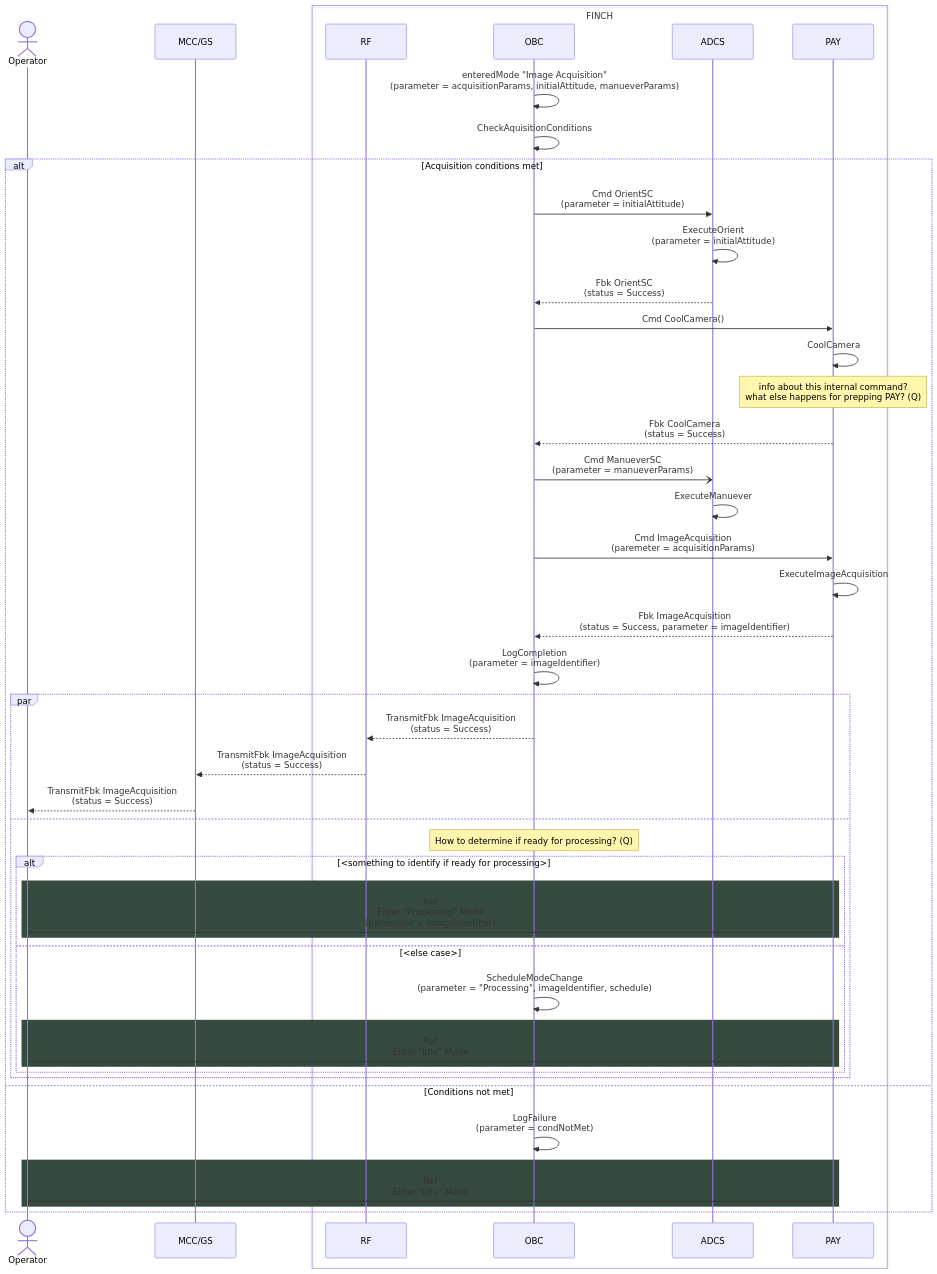
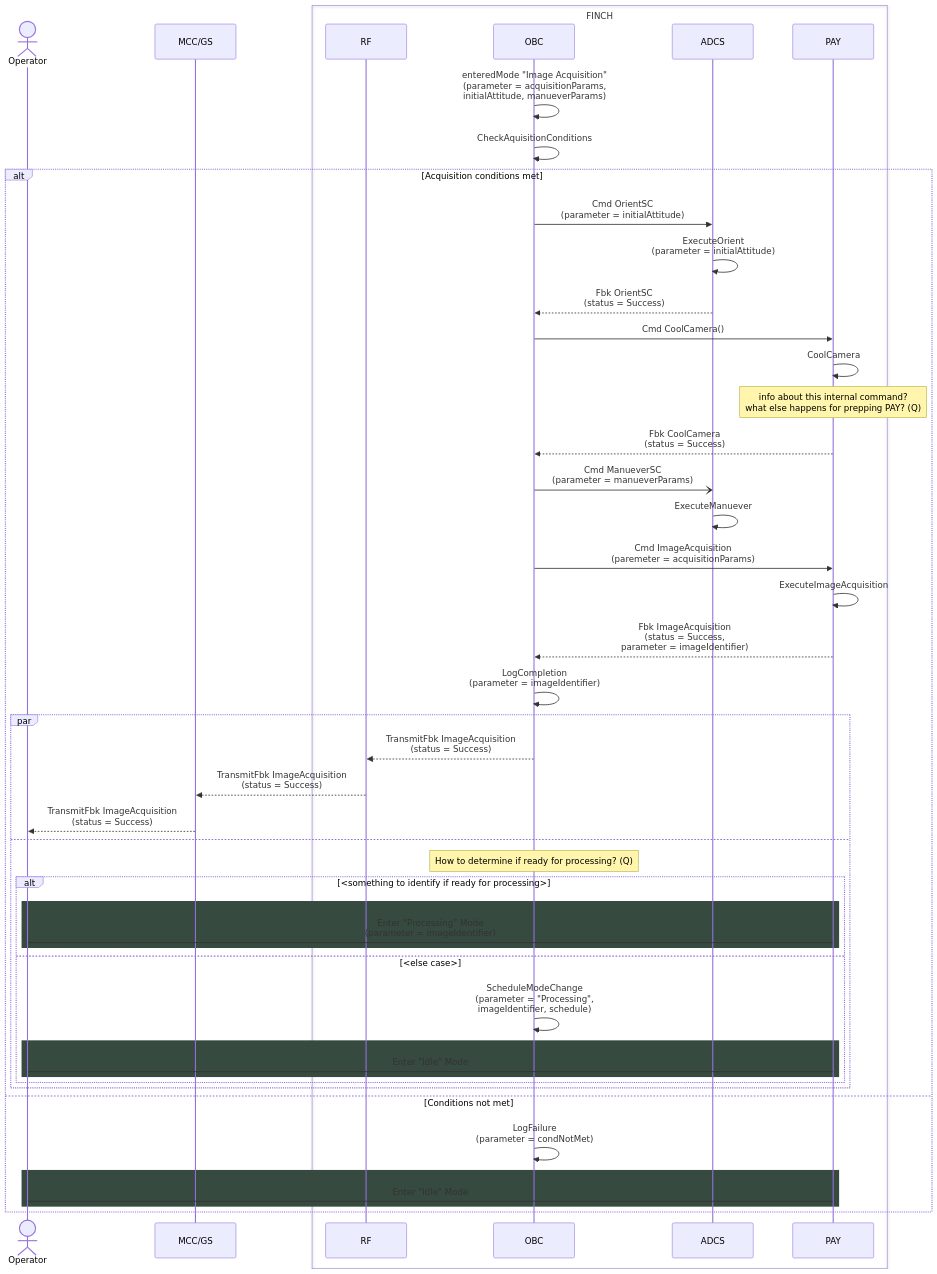
One commit to Addy-lit/FINCH-system-architecture changed the diagram in command sequences/acquisition-command.md. Above: the diagram before and after it, drawn with Mermaid.

````diff
--- a/command sequences/acquisition-command.md
+++ b/command sequences/acquisition-command.md
@@ -2,56 +2,56 @@
 ```mermaid
 sequenceDiagram
     Actor Operator
     participant MCC/GS
     box FINCH
         participant RF
         participant OBC
         participant ADCS
         participant PAY
     end
 
-    OBC ->> OBC: enteredMode "Image Acquisition" <br> (parameter = acquisitionParams, initialAttitude, manueverParams)
+    OBC ->> OBC: enteredMode "Image Acquisition" <br> (parameter = acquisitionParams, <br> initialAttitude, manueverParams)
     OBC ->> OBC: CheckAquisitionConditions
 
     alt Acquisition conditions met
         OBC ->> ADCS: Cmd OrientSC <br> (parameter = initialAttitude)
         ADCS ->> ADCS: ExecuteOrient <br> (parameter = initialAttitude)
         ADCS -->> OBC: Fbk OrientSC <br> (status = Success)
         OBC ->> PAY: Cmd CoolCamera()
         PAY ->> PAY: CoolCamera
         note over PAY: info about this internal command? <br> what else happens for prepping PAY? (Q)
         PAY -->> OBC: Fbk CoolCamera <br> (status = Success)
 
         OBC -) ADCS: Cmd ManueverSC <br> (parameter = manueverParams)
         ADCS ->> ADCS: ExecuteManuever
         OBC ->> PAY: Cmd ImageAcquisition <br> (paremeter = acquisitionParams)
         PAY ->> PAY: ExecuteImageAcquisition
-        PAY -->> OBC: Fbk ImageAcquisition <br> (status = Success, parameter = imageIdentifier)
+        PAY -->> OBC: Fbk ImageAcquisition <br> (status = Success, <br> parameter = imageIdentifier)
         OBC ->> OBC: LogCompletion <br> (parameter = imageIdentifier)
 
         par
             OBC -->> RF: TransmitFbk ImageAcquisition <br> (status = Success)
             RF -->> MCC/GS: TransmitFbk ImageAcquisition <br> (status = Success)
             MCC/GS -->> Operator: TransmitFbk ImageAcquisition <br> (status = Success)
         and
             note over OBC: How to determine if ready for processing? (Q)
             alt <something to identify if ready for processing>
                 rect rgb(54,74,63)
-                    Operator -> PAY: Ref <br/> Enter "Processing" Mode <br> (parameter = imageIdentifier)
+                    Operator -> PAY: Enter "Processing" Mode <br> (parameter = imageIdentifier)
                 end
             else <else case>
-                OBC ->> OBC: ScheduleModeChange <br> (parameter = "Processing", imageIdentifier, schedule)
+                OBC ->> OBC: ScheduleModeChange <br> (parameter = "Processing", <br> imageIdentifier, schedule)
                 rect rgb(54,74,63)
-                    Operator -> PAY: Ref <br/> Enter "Idle" Mode
+                    Operator -> PAY: Enter "Idle" Mode
                 end
             end
         end
 
     else Conditions not met
         OBC ->> OBC: LogFailure <br> (parameter = condNotMet)
         rect rgb(54,74,63)
-	        Operator -> PAY: Ref <br/> Enter "Idle" Mode
+	        Operator -> PAY: Enter "Idle" Mode
         end
     end
 
 ```
````
